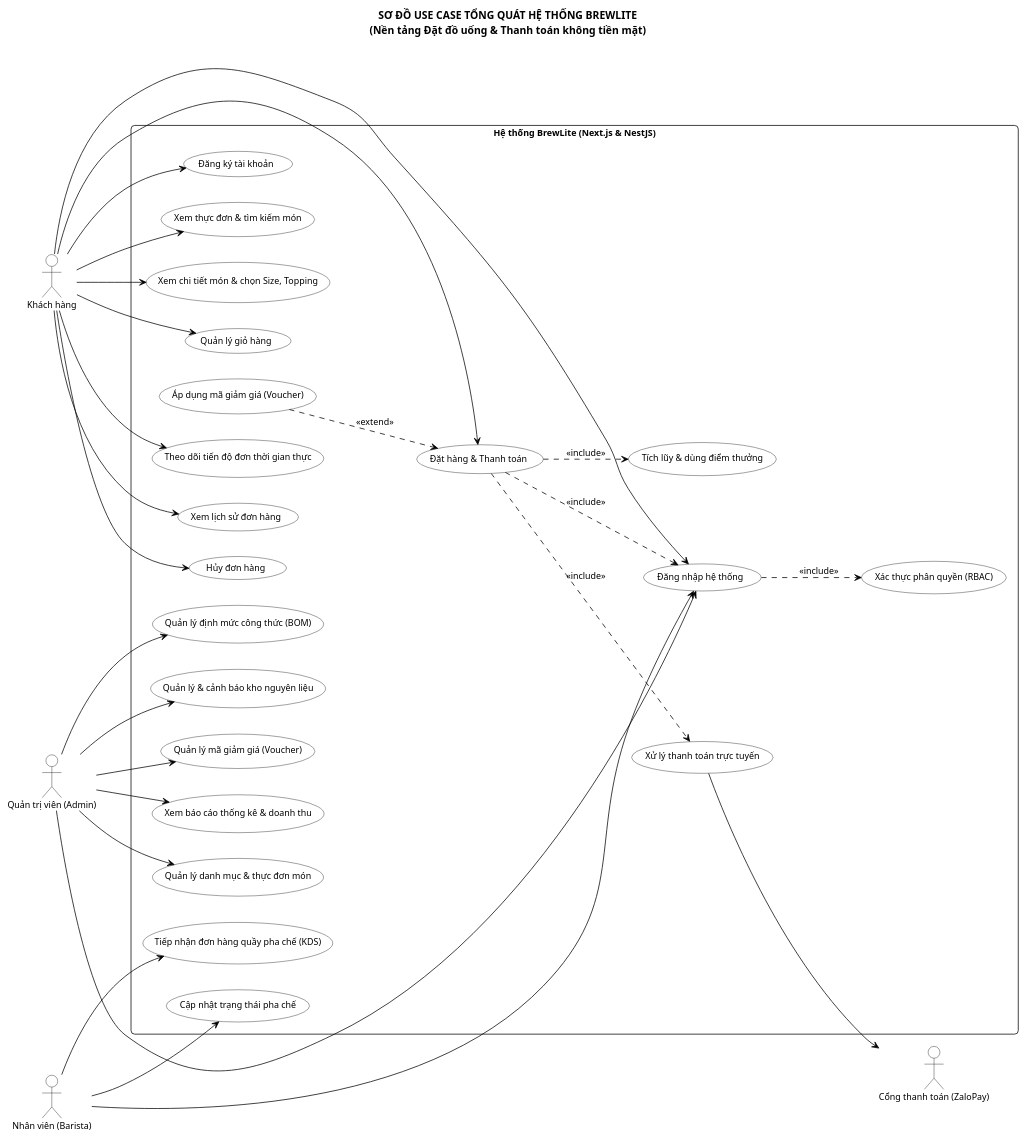
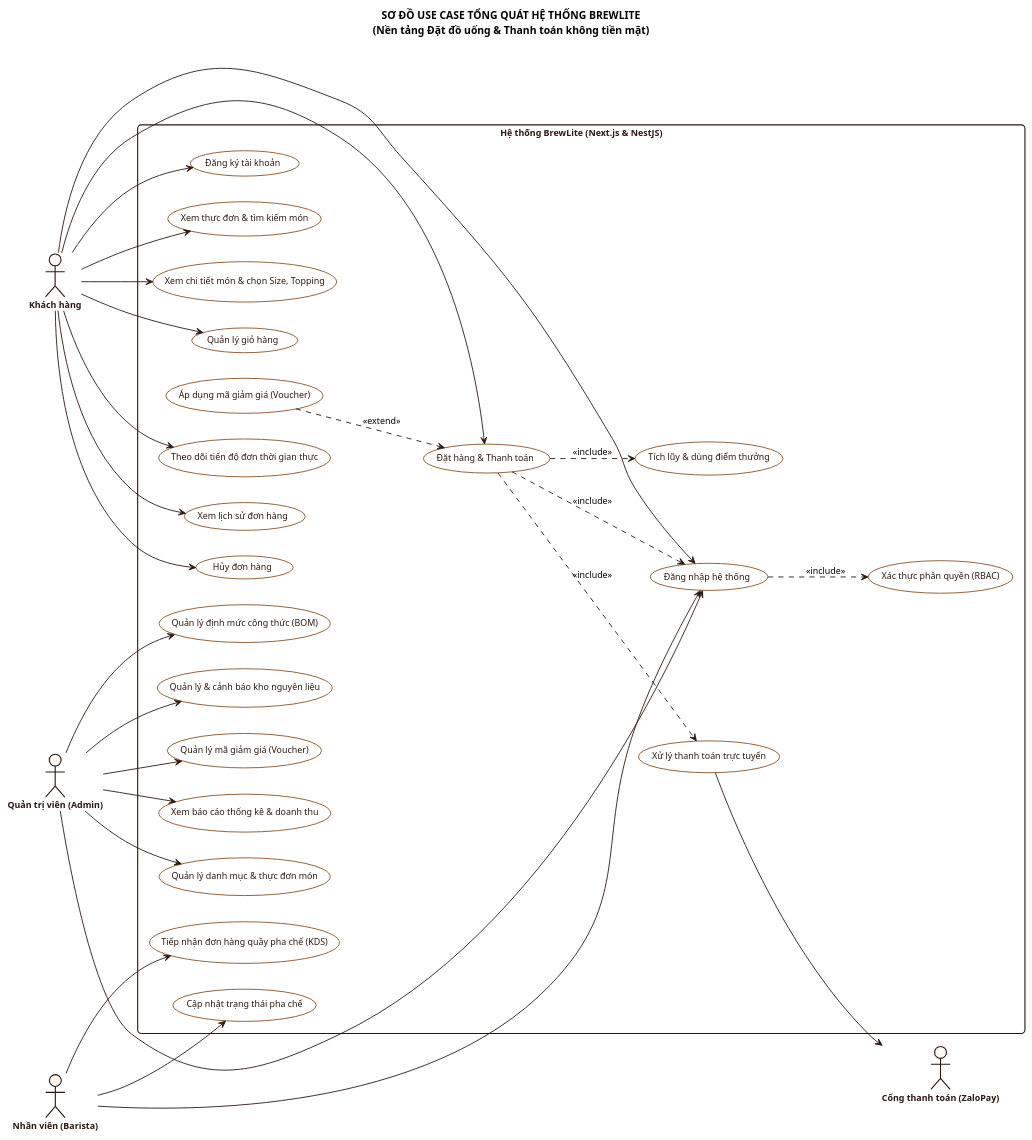
One commit to MaGiaVy/BrewLite_project changed the diagram in docs/diagrams/use-case.puml. Above: the diagram before and after it, drawn with PlantUML. The commit also changed 2 other files, not shown here.

Commit message:
docs(task-1.2): bổ sung sơ đồ use case tổng quát hệ thống chuẩn UML - Mã Gia Vỹ

```diff
--- a/docs/diagrams/use-case.puml
+++ b/docs/diagrams/use-case.puml
@@ -1,114 +1,123 @@
 @startuml
 left to right direction
-skinparam defaultFontName "Segoe UI, Arial, sans-serif"
+skinparam defaultFontName "Arial"
 skinparam defaultFontSize 12
 skinparam roundcorner 10
+skinparam shadowing false
 
-' Tối giản chuẩn UML, không màu mè
-skinparam packageStyle rectangle
-skinparam shadowing false
 skinparam actor {
-    BorderColor black
-    BackgroundColor white
+    BackgroundColor #FFF9F5
+    BorderColor #2C1810
+    BorderThickness 1.5
+    FontColor #2C1810
+    FontStyle bold
 }
+
 skinparam usecase {
-    BorderColor black
-    BackgroundColor white
-    ArrowColor black
+    BackgroundColor #FFFFFF
+    BorderColor #845326
+    BorderThickness 1.2
+    ArrowColor #2C1810
+    ArrowThickness 1.2
+    FontColor #2C1810
 }
+
 skinparam rectangle {
-    BorderColor black
-    BackgroundColor white
+    BackgroundColor #FFFFFF
+    BorderColor #2C1810
+    BorderThickness 1.5
+    FontColor #2C1810
+    FontStyle bold
 }
 
 title SƠ ĐỒ USE CASE TỔNG QUÁT HỆ THỐNG BREWLITE\n(Nền tảng Đặt đồ uống & Thanh toán không tiền mặt)
 
 ' ==========================================
 ' ACTORS BÊN TRÁI (Khách hàng)
 ' ==========================================
 actor "Khách hàng" as Customer
 
 ' ==========================================
 ' SYSTEM BOUNDARY
 ' ==========================================
 rectangle "Hệ thống BrewLite (Next.js & NestJS)" {
 
     ' --- Nhóm Xác thực & Tài khoản ---
     usecase "Đăng ký tài khoản" as UC_Register
     usecase "Đăng nhập hệ thống" as UC_Login
     usecase "Xác thực phân quyền (RBAC)" as UC_RBAC
 
     ' --- Nhóm Khách hàng (Menu, Giỏ hàng, Đặt đơn) ---
     usecase "Xem thực đơn & tìm kiếm món" as UC_Menu
     usecase "Xem chi tiết món & chọn Size, Topping" as UC_Detail
     usecase "Quản lý giỏ hàng" as UC_Cart
     usecase "Đặt hàng & Thanh toán" as UC_Checkout
     usecase "Áp dụng mã giảm giá (Voucher)" as UC_Voucher
     usecase "Tích lũy & dùng điểm thưởng" as UC_Loyalty
     usecase "Xử lý thanh toán trực tuyến" as UC_Payment
     usecase "Theo dõi tiến độ đơn thời gian thực" as UC_Track
     usecase "Xem lịch sử đơn hàng" as UC_History
     usecase "Hủy đơn hàng" as UC_Cancel
 
     ' --- Nhóm Quầy pha chế (Staff KDS) ---
     usecase "Tiếp nhận đơn hàng quầy pha chế (KDS)" as UC_StaffView
     usecase "Cập nhật trạng thái pha chế" as UC_StaffUpdate
 
     ' --- Nhóm Quản trị (Admin) ---
     usecase "Quản lý danh mục & thực đơn món" as UC_AdminMenu
     usecase "Quản lý định mức công thức (BOM)" as UC_AdminBOM
     usecase "Quản lý & cảnh báo kho nguyên liệu" as UC_AdminInventory
     usecase "Quản lý mã giảm giá (Voucher)" as UC_AdminVoucher
     usecase "Xem báo cáo thống kê & doanh thu" as UC_AdminReport
 
     ' Quan hệ Include & Extend
     UC_Login ..> UC_RBAC : <<include>>
     UC_Checkout ..> UC_Login : <<include>>
     UC_Checkout ..> UC_Payment : <<include>>
     UC_Checkout ..> UC_Loyalty : <<include>>
     UC_Voucher ..> UC_Checkout : <<extend>>
 }
 
 ' ==========================================
 ' ACTORS BÊN PHẢI (Nhân viên, Quản trị viên, Cổng thanh toán)
 ' ==========================================
 actor "Nhân viên (Barista)" as Staff
 actor "Quản trị viên (Admin)" as Admin
 actor "Cổng thanh toán (ZaloPay)" as PaymentGateway
 
 ' ==========================================
 ' KẾT NỐI KHÁCH HÀNG (BÊN TRÁI)
 ' ==========================================
 Customer --> UC_Register
 Customer --> UC_Login
 Customer --> UC_Menu
 Customer --> UC_Detail
 Customer --> UC_Cart
 Customer --> UC_Checkout
 Customer --> UC_Track
 Customer --> UC_History
 Customer --> UC_Cancel
 
 ' ==========================================
 ' KẾT NỐI NHÂN VIÊN (BÊN PHẢI)
 ' ==========================================
 Staff --> UC_Login
 Staff --> UC_StaffView
 Staff --> UC_StaffUpdate
 
 ' ==========================================
 ' KẾT NỐI QUẢN TRỊ VIÊN (BÊN PHẢI)
 ' ==========================================
 Admin --> UC_Login
 Admin --> UC_AdminMenu
 Admin --> UC_AdminBOM
 Admin --> UC_AdminInventory
 Admin --> UC_AdminVoucher
 Admin --> UC_AdminReport
 
 ' ==========================================
 ' KẾT NỐI CỔNG THANH TOÁN (BÊN PHẢI)
 ' ==========================================
 UC_Payment --> PaymentGateway
 
 @enduml
```
